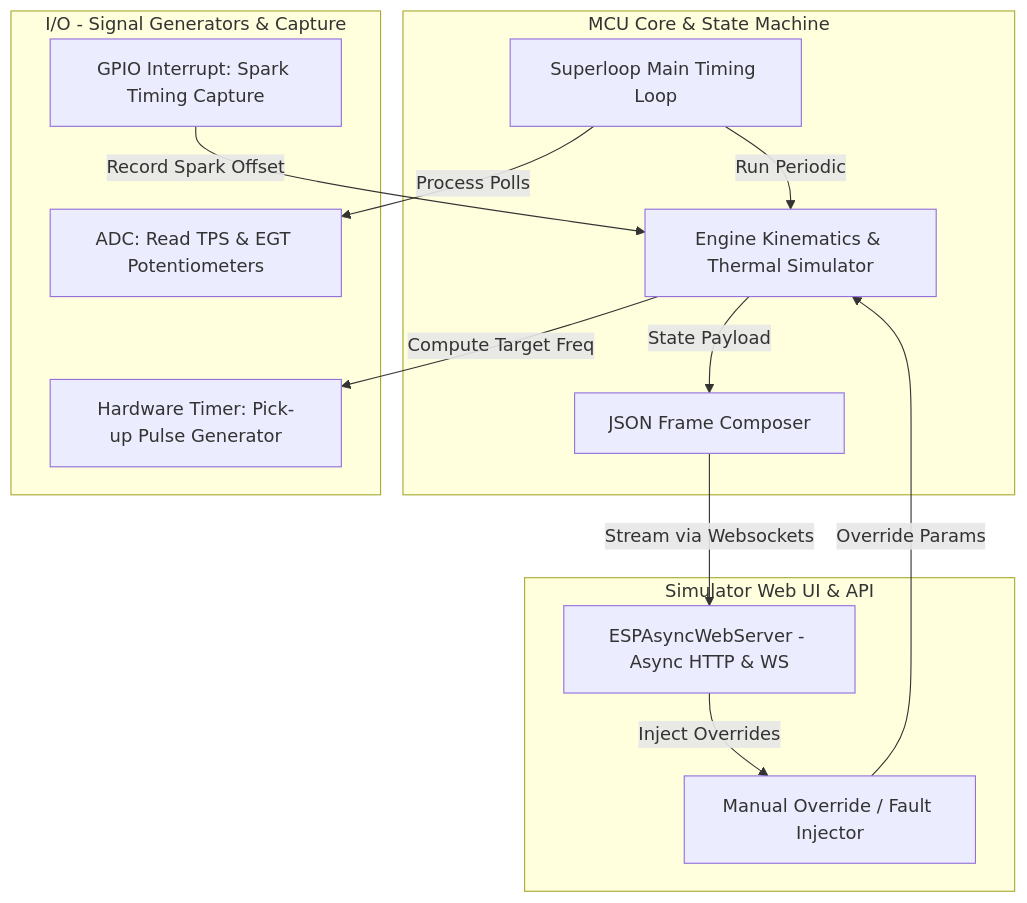
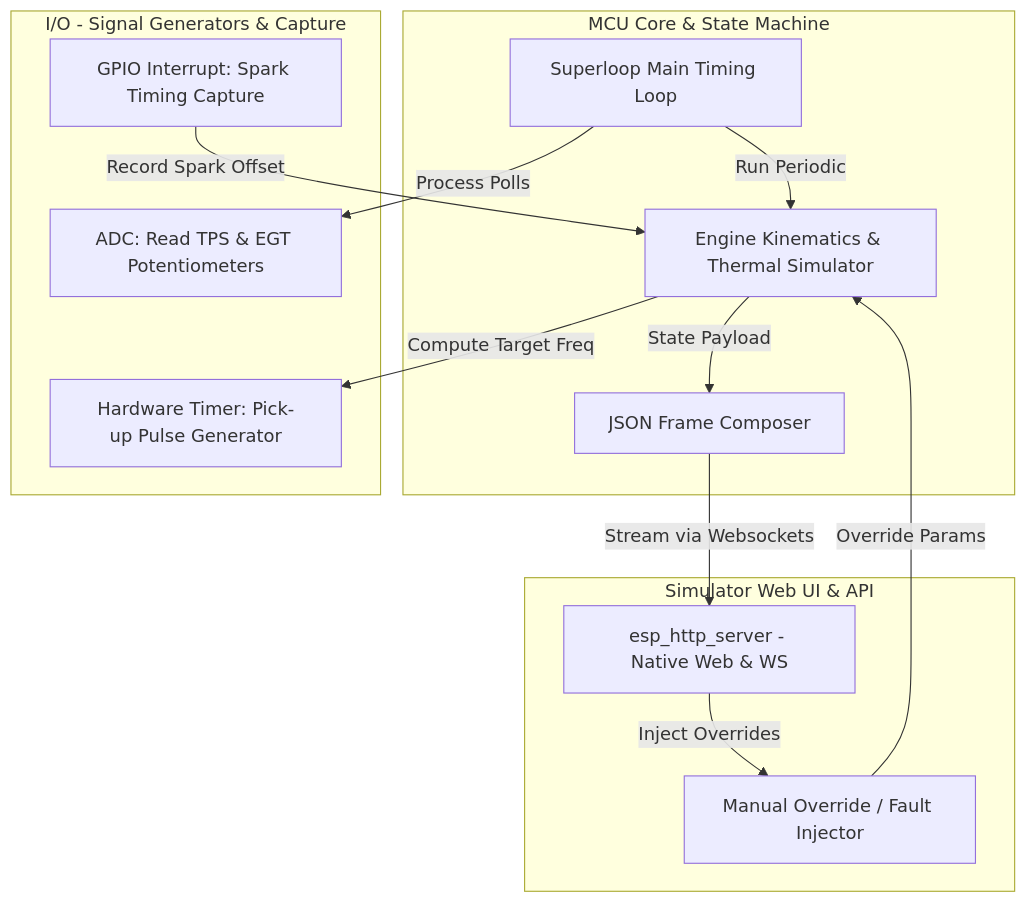
One commit to D3stan/ecu-dev-board changed the diagram in idf/docs/sim/architecture.md. Above: the diagram before and after it, drawn with Mermaid. The commit also changed other lines of this file and 3 other files, not shown here.

````diff
--- a/idf/docs/sim/architecture.md
+++ b/idf/docs/sim/architecture.md
@@ -21,28 +22,28 @@
 ```mermaid
 graph TD
     subgraph MCU Core [MCU Core & State Machine]
         Superloop[Superloop Main Timing Loop]
         EngineSim[Engine Kinematics & Thermal Simulator]
         Telemetry[JSON Frame Composer]
     end
 
     subgraph IO [I/O - Signal Generators & Capture]
         ADC_Read[ADC: Read TPS & EGT Potentiometers]
         PulseGen[Hardware Timer: Pick-up Pulse Generator]
         SparkCapture[GPIO Interrupt: Spark Timing Capture]
     end
 
     subgraph WebUI [Simulator Web UI & API]
-        HTTPServer[ESPAsyncWebServer - Async HTTP & WS]
+        HTTPServer[esp_http_server - Native Web & WS]
         OverrideMgr[Manual Override / Fault Injector]
     end
 
     Superloop -->|Run Periodic| EngineSim
     Superloop -->|Process Polls| ADC_Read
     EngineSim -->|Compute Target Freq| PulseGen
     SparkCapture -->|Record Spark Offset| EngineSim
     HTTPServer -->|Inject Overrides| OverrideMgr
     OverrideMgr -->|Override Params| EngineSim
     EngineSim -->|State Payload| Telemetry
     Telemetry -->|Stream via Websockets| HTTPServer
 ```
````
